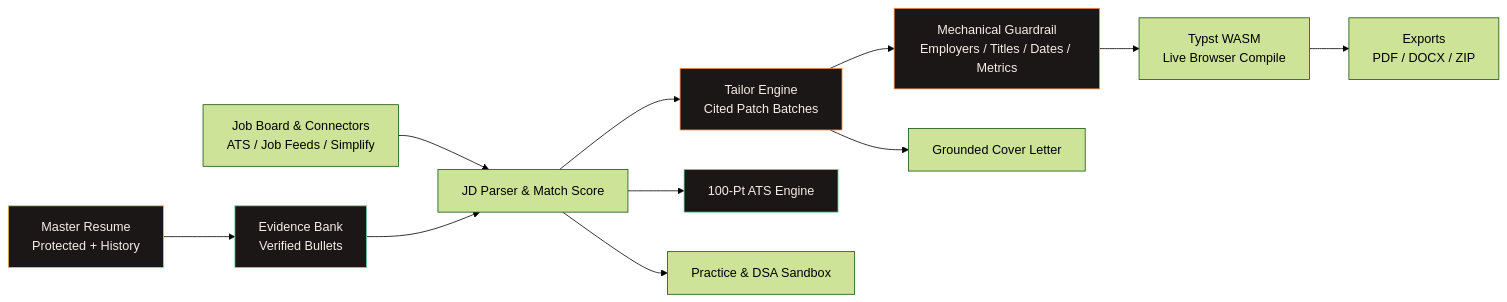
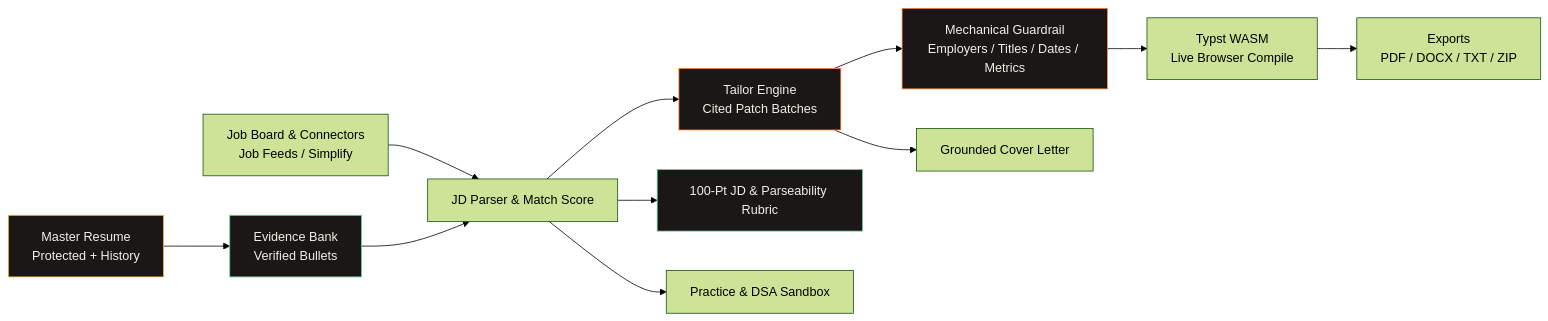
Before and after one commit to ZenzerJs/ResumeForge: the diagram in README.md, drawn with Mermaid (forest theme). The commit also changed other lines of this file, not shown here.

````diff
--- a/README.md
+++ b/README.md
@@ -92,19 +112,19 @@
 ```mermaid
 flowchart LR
     A[Master Resume<br/>Protected + History] --> B[Evidence Bank<br/>Verified Bullets]
-    C[Job Board & Connectors<br/>ATS / Job Feeds / Simplify] --> D[JD Parser & Match Score]
+    C[Job Board & Connectors<br/>Job Feeds / Simplify] --> D[JD Parser & Match Score]
     B --> D
     D --> E[Tailor Engine<br/>Cited Patch Batches]
     E --> F[Mechanical Guardrail<br/>Employers / Titles / Dates / Metrics]
     F --> G[Typst WASM<br/>Live Browser Compile]
-    G --> H[Exports<br/>PDF / DOCX / ZIP]
-    D --> I[100-Pt ATS Engine]
+    G --> H[Exports<br/>PDF / DOCX / TXT / ZIP]
+    D --> I[100-Pt JD & Parseability Rubric]
     E --> J[Grounded Cover Letter]
     D --> K[Practice & DSA Sandbox]
 
     style A fill:#1b1716,stroke:#f7bd3f,color:#f4eee7
     style B fill:#1b1716,stroke:#6bd69a,color:#f4eee7
     style E fill:#1b1716,stroke:#ff8b3d,color:#f4eee7
     style F fill:#1b1716,stroke:#ff8b3d,color:#f4eee7
     style I fill:#1b1716,stroke:#6bd69a,color:#f4eee7
 ```
````
